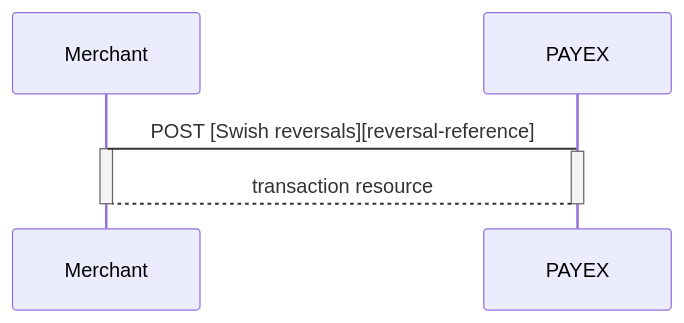
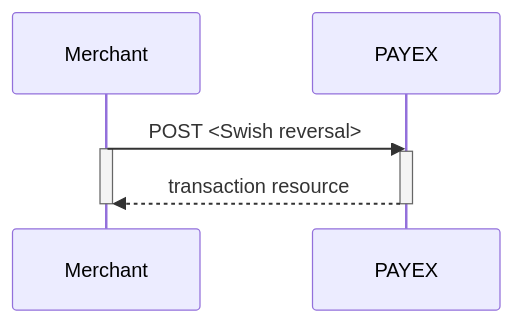
The diagram in payments/swish/after-payment.md (SwedbankPay/developer.swedbankpay.com), drawn with Mermaid before and after one commit. The commit also changed other lines of this file and 4 other files, not shown here.

````diff
--- a/payments/swish/after-payment.md
+++ b/payments/swish/after-payment.md
@@ -569,9 +542,9 @@
 ```mermaid
 sequenceDiagram
-  Merchant->PAYEX: POST [Swish reversals][reversal-reference]
+  Merchant->>PAYEX: POST <Swish reversal>
   Activate Merchant
   Activate PAYEX
-  PAYEX-->Merchant: transaction resource
+  PAYEX-->>Merchant: transaction resource
   Deactivate PAYEX
   Deactivate Merchant
 ```
````
